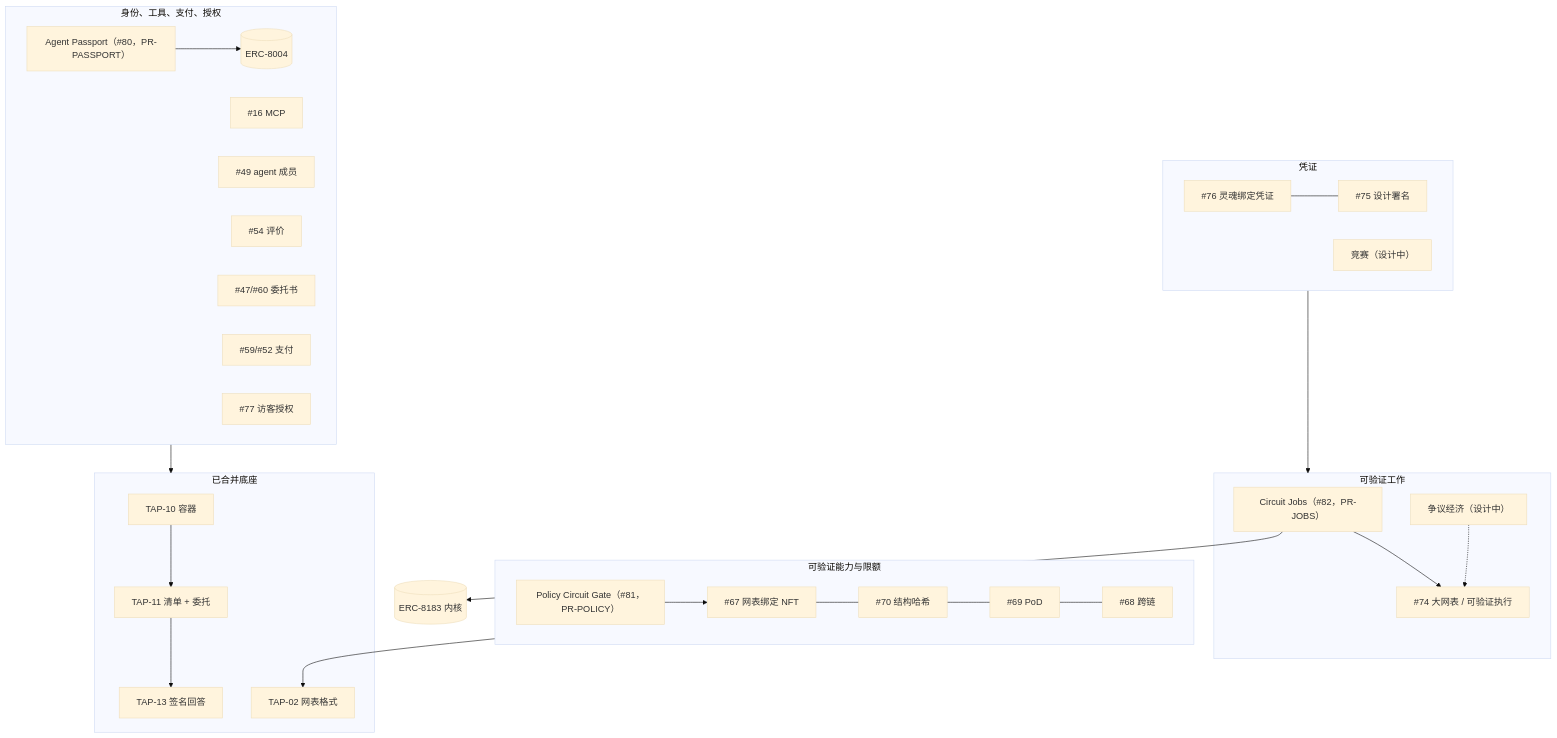
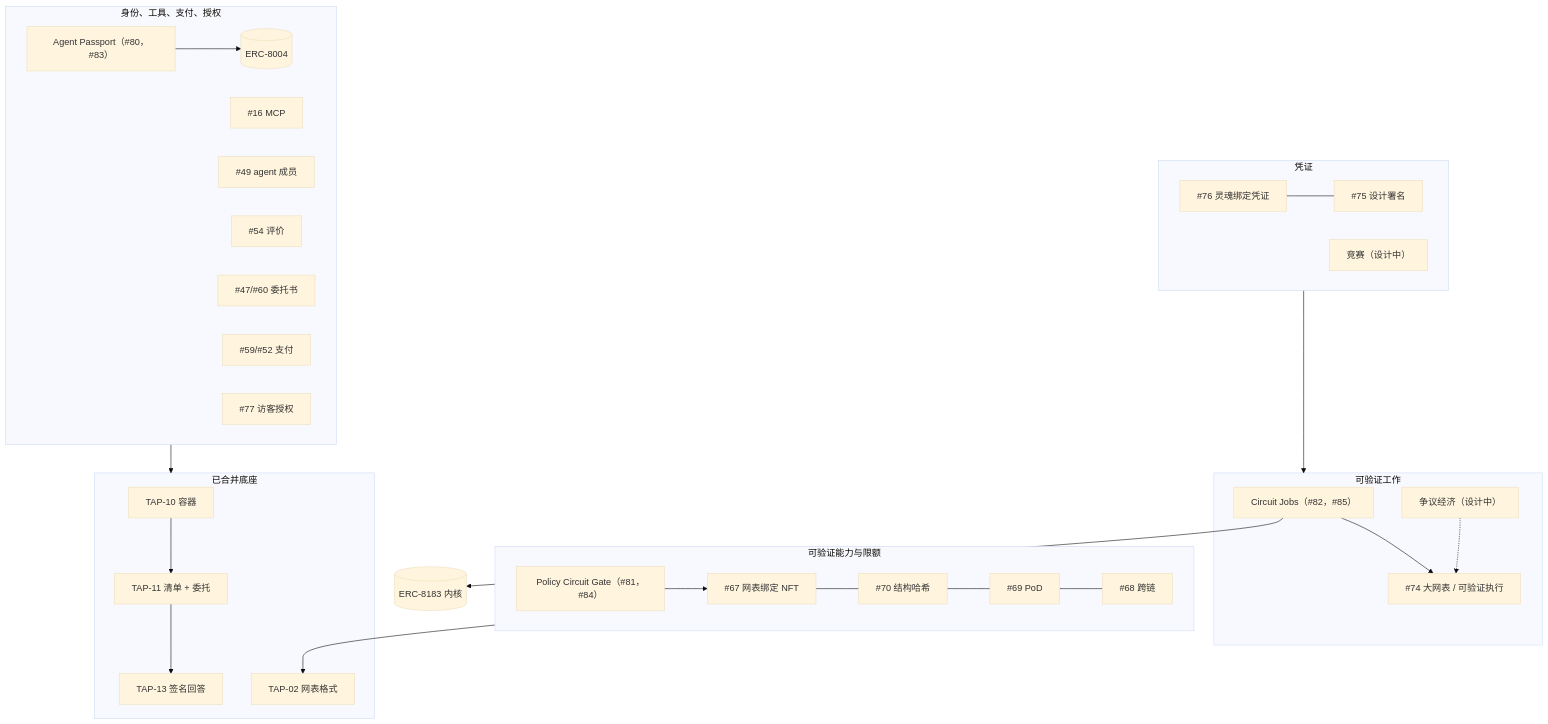
The first of 2 diagrams in docs/agent-universe/README.zh.md (BruceLanLan/TAP-721), drawn with Mermaid (base theme) before and after one commit. The commit also changed other lines of this file and 1 other file, not shown here.

Commit message:
agent-universe：回填三个 PR 号（#83 #84 #85）

````diff
--- a/docs/agent-universe/README.zh.md
+++ b/docs/agent-universe/README.zh.md
@@ -32,32 +32,32 @@
 ```mermaid
 flowchart TB
   subgraph L5["凭证"]
     C76["#76 灵魂绑定凭证"] --- C75["#75 设计署名"]
     CON["竞赛（设计中）"]
   end
   subgraph L4["可验证工作"]
-    CJ["Circuit Jobs（#82，PR-JOBS）"] --> V74["#74 大网表 / 可验证执行"]
+    CJ["Circuit Jobs（#82，#85）"] --> V74["#74 大网表 / 可验证执行"]
     DE["争议经济（设计中）"] -.-> V74
   end
   subgraph L3["可验证能力与限额"]
     N67["#67 网表绑定 NFT"] --- N70["#70 结构哈希"] --- N69["#69 PoD"] --- N68["#68 跨链"]
-    PG["Policy Circuit Gate（#81，PR-POLICY）"] --> N67
+    PG["Policy Circuit Gate（#81，#84）"] --> N67
   end
   subgraph L2["身份、工具、支付、授权"]
-    PP["Agent Passport（#80，PR-PASSPORT）"] --> E8004[("ERC-8004")]
+    PP["Agent Passport（#80，#83）"] --> E8004[("ERC-8004")]
     T16["#16 MCP"]
     T49["#49 agent 成员"]
     T54["#54 评价"]
     T47["#47/#60 委托书"]
     T59["#59/#52 支付"]
     T77["#77 访客授权"]
   end
   subgraph L1["已合并底座"]
     B10["TAP-10 容器"] --> B11["TAP-11 清单 + 委托"] --> B13["TAP-13 签名回答"]
     B02["TAP-02 网表格式"]
   end
   CJ --> E8183[("ERC-8183 内核")]
   L2 --> L1
   L3 --> B02
   L5 --> L4
 ```
````
